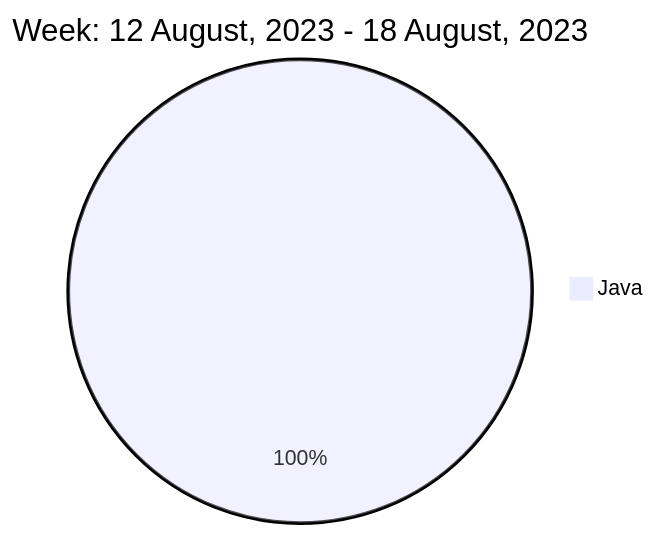
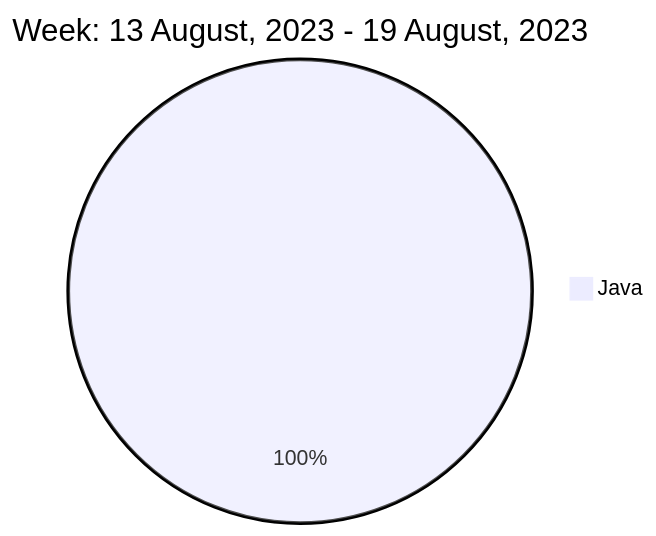
One commit to liubin95/liubin95 changed the diagram in README.md. Above: the diagram before and after it, drawn with Mermaid.

Commit message:
Updated the Graph with new Metrics

````diff
--- a/README.md
+++ b/README.md
@@ -40,5 +40,5 @@
 ```mermaid
  pie
-title Week: 12 August, 2023 - 18 August, 2023
+title Week: 13 August, 2023 - 19 August, 2023
  "Java" : 1.6
 ```
````
